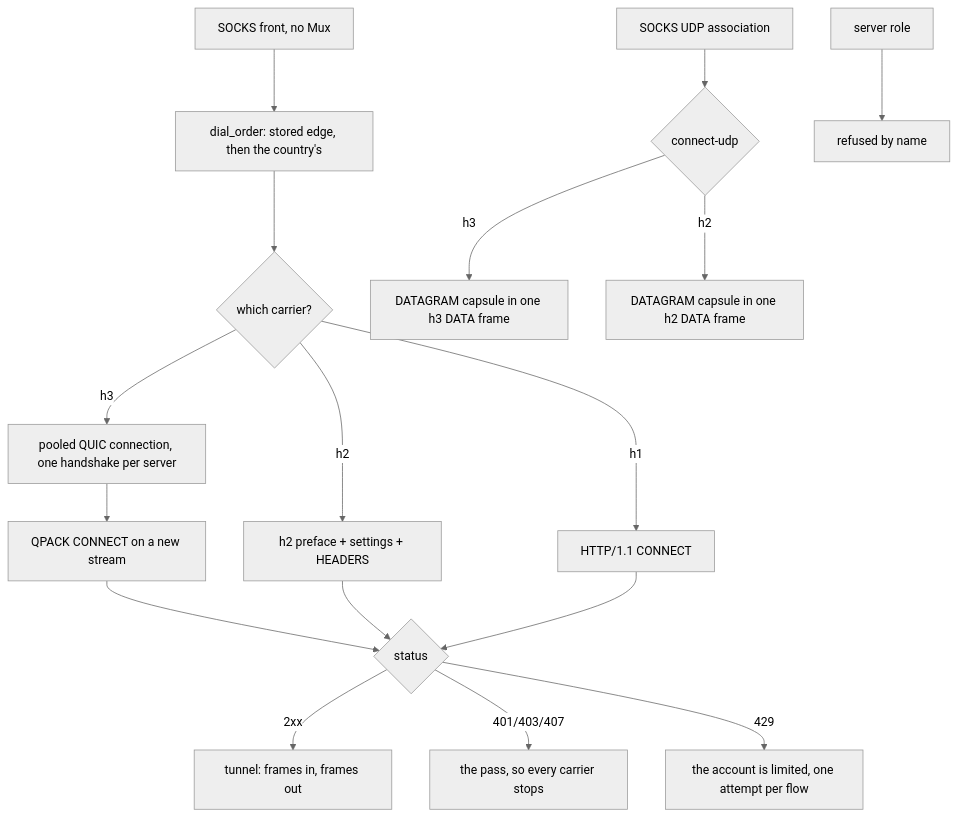
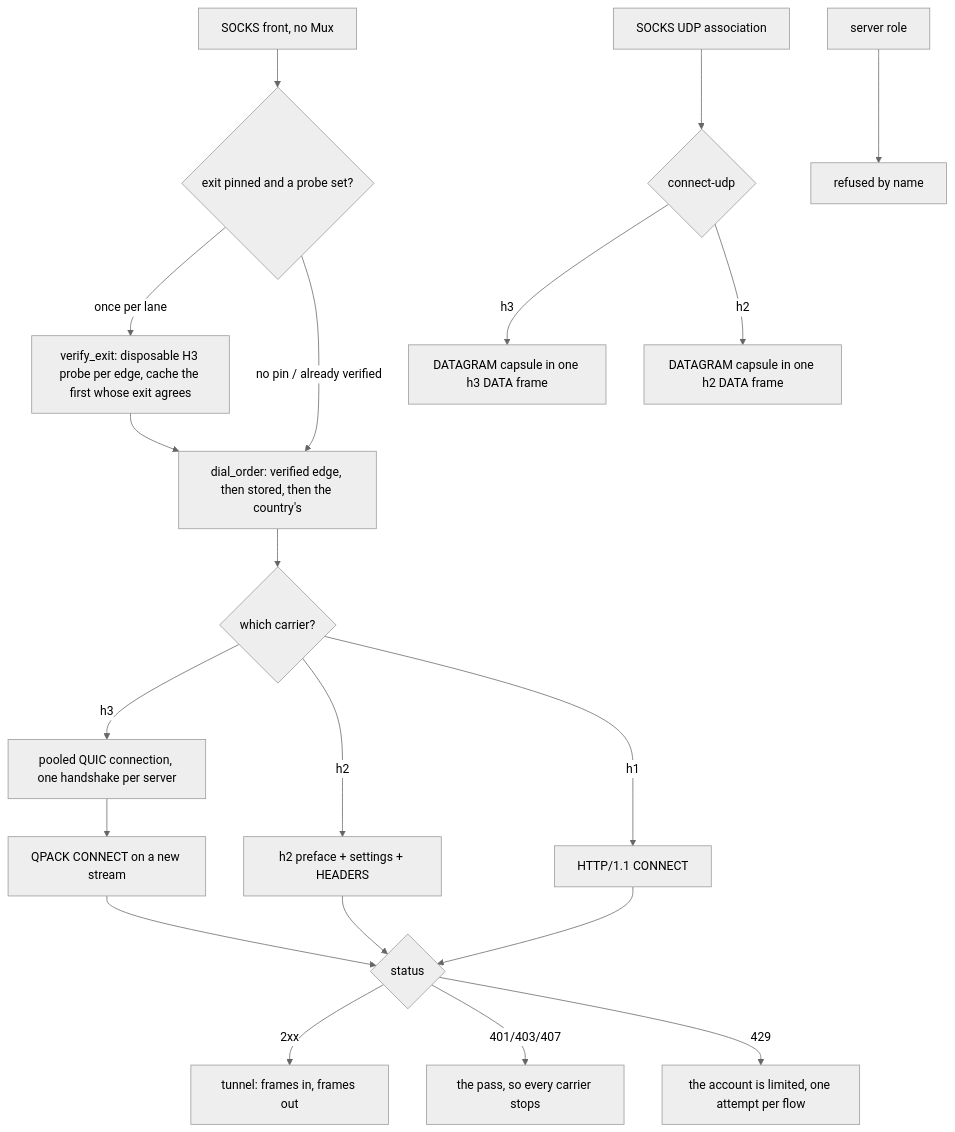
Before and after one commit to Ferrocite/ferrox: the diagram in docs/function/carrier-foxy.md, drawn with Mermaid (neutral theme). The commit also changed other lines of this file and 3 other files, not shown here.

First line of the commit message:
foxy: verify the exit country once per lane, on a disposable probe, and prefer the edge that honours the pin

````diff
--- a/docs/function/carrier-foxy.md
+++ b/docs/function/carrier-foxy.md
@@ -30,19 +30,22 @@
 ```mermaid
 graph TD
-    S["SOCKS front, no Mux"] --> O["dial_order: stored edge, then the country's"]
+    S["SOCKS front, no Mux"] --> V{"exit pinned and a probe set?"}
+    V -- "once per lane" --> P["verify_exit: disposable H3 probe per edge, cache the first whose exit agrees"]
+    P --> O["dial_order: verified edge, then stored, then the country's"]
+    V -- "no pin / already verified" --> O
     O --> T{"which carrier?"}
-    T -- h3 --> P["pooled QUIC connection, one handshake per server"]
-    P --> H["QPACK CONNECT on a new stream"]
+    T -- h3 --> Pq["pooled QUIC connection, one handshake per server"]
+    Pq --> H["QPACK CONNECT on a new stream"]
     T -- h2 --> G["h2 preface + settings + HEADERS"]
     T -- h1 --> L["HTTP/1.1 CONNECT"]
     H --> R{"status"}
     G --> R
     L --> R
     R -- 2xx --> D["tunnel: frames in, frames out"]
     R -- 401/403/407 --> X["the pass, so every carrier stops"]
     R -- 429 --> Y["the account is limited, one attempt per flow"]
     U["SOCKS UDP association"] --> Q{"connect-udp"}
     Q -- h3 --> C["DATAGRAM capsule in one h3 DATA frame"]
     Q -- h2 --> E["DATAGRAM capsule in one h2 DATA frame"]
     H2S["server role"] --> N["refused by name"]
 ```
````
